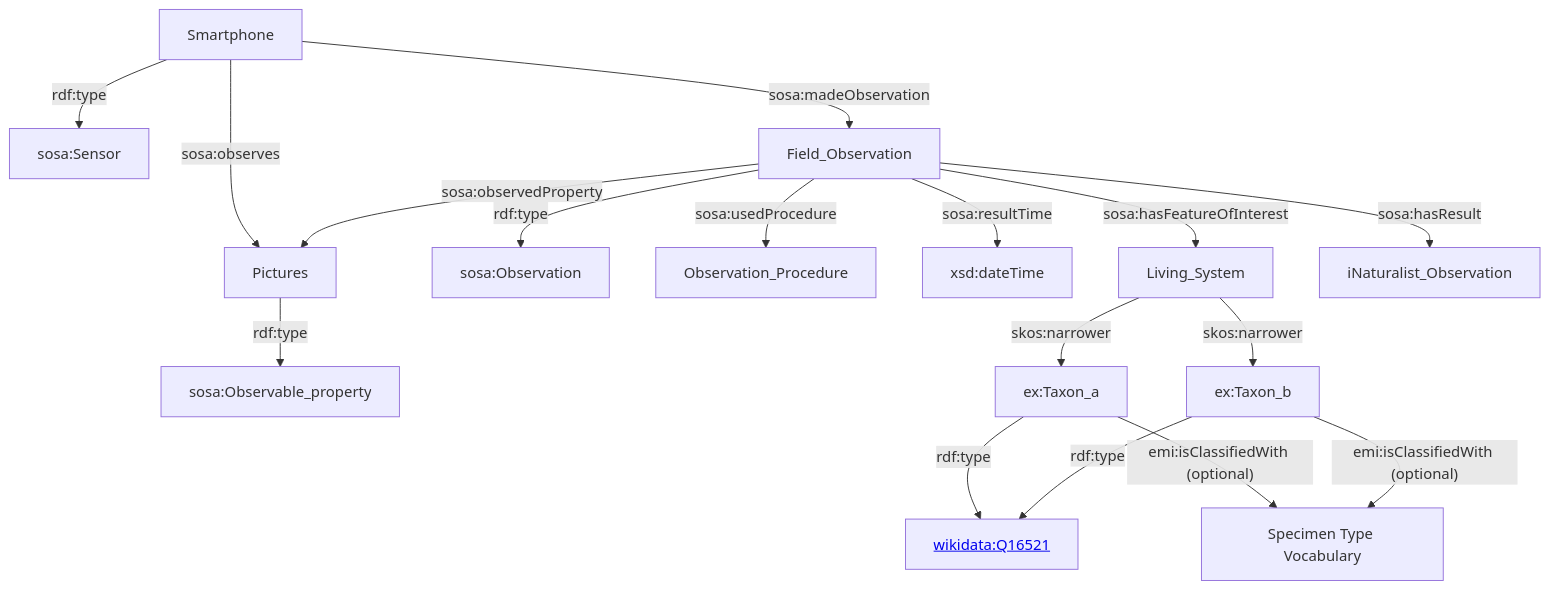
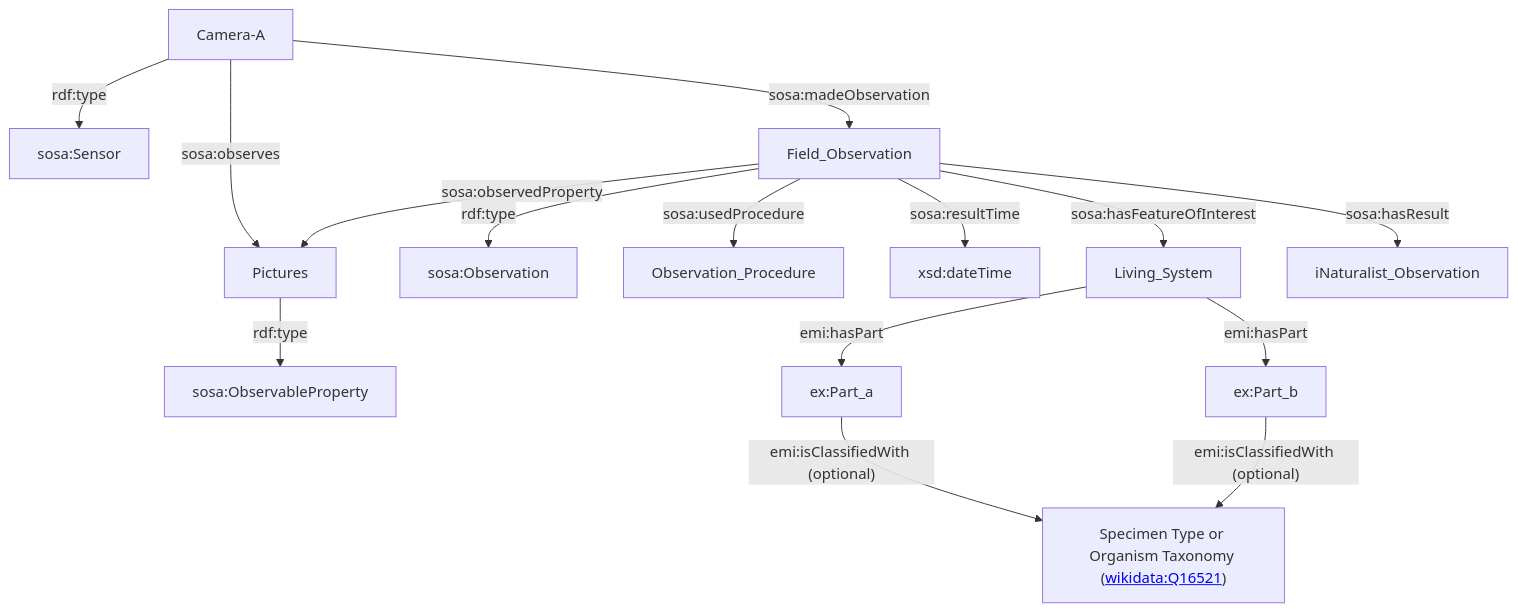
The third of 8 diagrams in README.md (digital-botanical-gardens-initiative/earth_metabolome_ontology), drawn with Mermaid before and after one commit. The commit also changed other lines of this file, not shown here.

Commit message:
Change modelling of Observation procedure

````diff
--- a/README.md
+++ b/README.md
@@ -76,20 +76,18 @@
 ```mermaid
 graph TD
 
-		Smartphone -->|rdf:type|sosa:Sensor
-		Smartphone -->|sosa:madeObservation|Field_Observation["Field_Observation"]
-		Smartphone -->|sosa:observes|Pictures["Pictures"]
+		Camera-A -->|rdf:type|sosa:Sensor
+		Camera-A -->|sosa:madeObservation|Field_Observation["Field_Observation"]
+		Camera-A -->|sosa:observes|Pictures["Pictures"]
     Field_Observation -->|rdf:type|sosa:Observation["sosa:Observation"]
     Field_Observation -->|sosa:observedProperty|Pictures["Pictures"]
-    Pictures --> |rdf:type|sosa:Observable_property["sosa:Observable_property"]
+    Pictures --> |rdf:type|sosa:Observable_property["sosa:ObservableProperty"]
     Field_Observation -->|sosa:usedProcedure|Observation_Procedure["Observation_Procedure"]
     Field_Observation -->|sosa:resultTime|xsd:dateTime
     Field_Observation -->|"sosa:hasFeatureOfInterest"|Living_System["Living_System"]
     Field_Observation -->|sosa:hasResult|iNaturalist_Observation["iNaturalist_Observation"]
-    Living_System -->|skos:narrower|t_a["ex:Taxon_a"]
-    Living_System -->|skos:narrower|t_b["ex:Taxon_b"]
-    t_a -->|rdf:type|w["<a href=http://www.wikidata.org/entity/Q16521>wikidata:Q16521</a>"]
-    t_b -->|rdf:type|w["<a href=http://www.wikidata.org/entity/Q16521>wikidata:Q16521</a>"]
-    t_a -->|"emi:isClassifiedWith (optional)"|w2["Specimen Type Vocabulary"]
-    t_b -->|"emi:isClassifiedWith (optional)"|w2["Specimen Type Vocabulary"]
+    Living_System -->|emi:hasPart|o_a["ex:Part_a"]
+    Living_System -->|emi:hasPart|o_b["ex:Part_b"]
+    o_a -->|"emi:isClassifiedWith (optional)"|w2["Specimen Vocabulary or Organism Taxonomy (<a href=http://www.wikidata.org/entity/Q16521>wikidata:Q16521</a>)"]
+    o_b -->|"emi:isClassifiedWith (optional)"|w2["Specimen Type or Organism Taxonomy (<a href=http://www.wikidata.org/entity/Q16521>wikidata:Q16521</a>)"]
 ```
````
